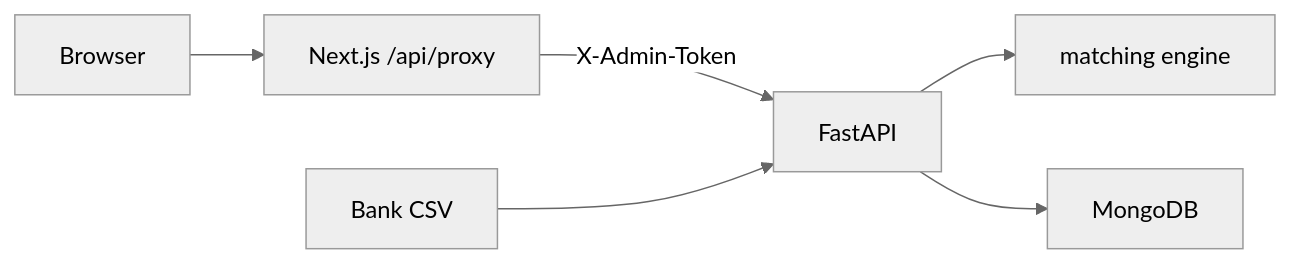
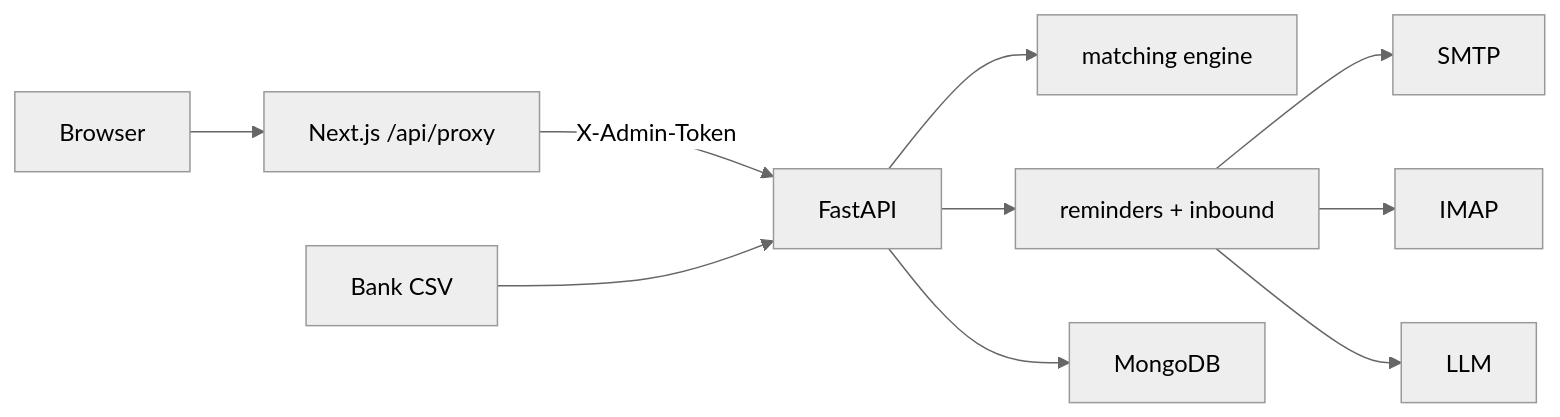
Before and after one commit to Pragyansh612/Sonic-AI-Assignment: the diagram in README.md, drawn with Mermaid (neutral theme). The commit also changed other lines of this file and 1 other file, not shown here.

First line of the commit message:
Phase 4c: document Gmail setup, collections API, and env vars.

````diff
--- a/README.md
+++ b/README.md
@@ -169,8 +216,12 @@
 ```mermaid
 flowchart LR
   Browser --> NextProxy["Next.js /api/proxy"]
   NextProxy -->|"X-Admin-Token"| FastAPI
   FastAPI --> Match["matching engine"]
+  FastAPI --> Collections["reminders + inbound"]
+  Collections --> SMTP
+  Collections --> IMAP
+  Collections --> LLM
   FastAPI --> MongoDB
   CSV[Bank CSV] --> FastAPI
 ```
````
